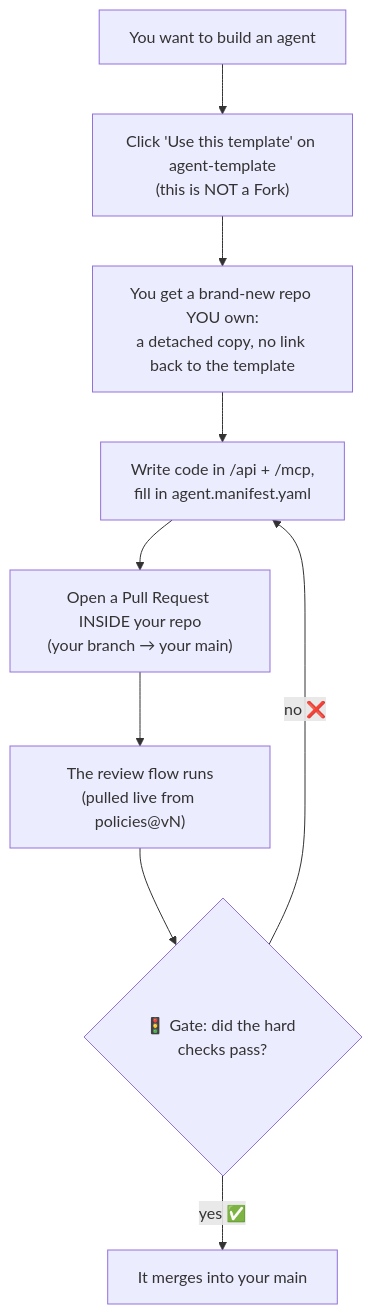
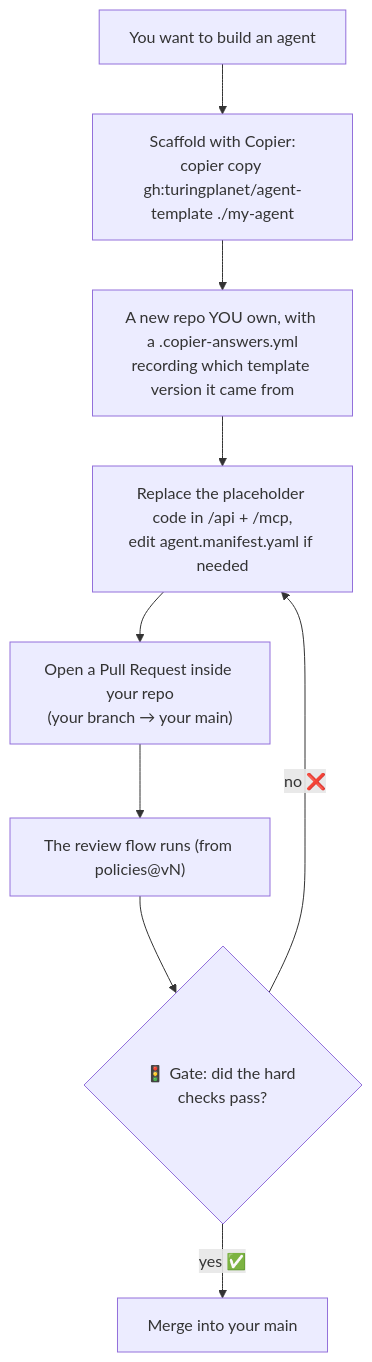
One commit to turingplanet/agent-legion changed the third of 5 diagrams in README.md. Above: the diagram before and after it, drawn with Mermaid. The commit also changed other lines of this file, not shown here.

Commit message:
docs: switch onboarding to the Copier flow

````diff
--- a/README.md
+++ b/README.md
@@ -54,11 +54,11 @@
 ```mermaid
 flowchart TB
-    A["You want to build an agent"] --> B["Click 'Use this template' on agent-template<br/>(this is NOT a Fork)"]
-    B --> C["You get a brand-new repo YOU own:<br/>a detached copy, no link back to the template"]
-    C --> D["Write code in /api + /mcp,<br/>fill in agent.manifest.yaml"]
-    D --> E["Open a Pull Request INSIDE your repo<br/>(your branch → your main)"]
-    E --> F["The review flow runs<br/>(pulled live from policies@vN)"]
+    A["You want to build an agent"] --> B["Scaffold with Copier:<br/>copier copy gh:turingplanet/agent-template ./my-agent"]
+    B --> C["A new repo YOU own, with a .copier-answers.yml<br/>recording which template version it came from"]
+    C --> D["Replace the placeholder code in /api + /mcp,<br/>edit agent.manifest.yaml if needed"]
+    D --> E["Open a Pull Request inside your repo<br/>(your branch → your main)"]
+    E --> F["The review flow runs (from policies@vN)"]
     F --> G{"🚦 Gate: did the hard checks pass?"}
-    G -- "yes ✅" --> H["It merges into your main"]
+    G -- "yes ✅" --> H["Merge into your main"]
     G -- "no ❌" --> D
 ```
````
